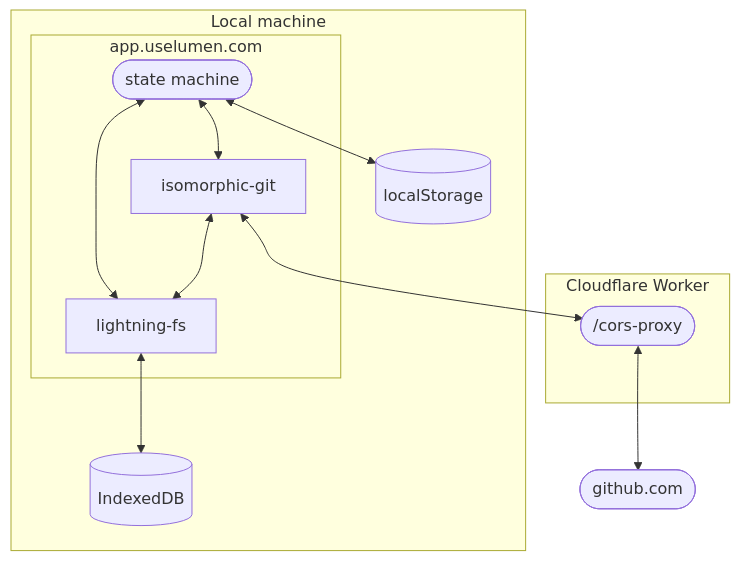
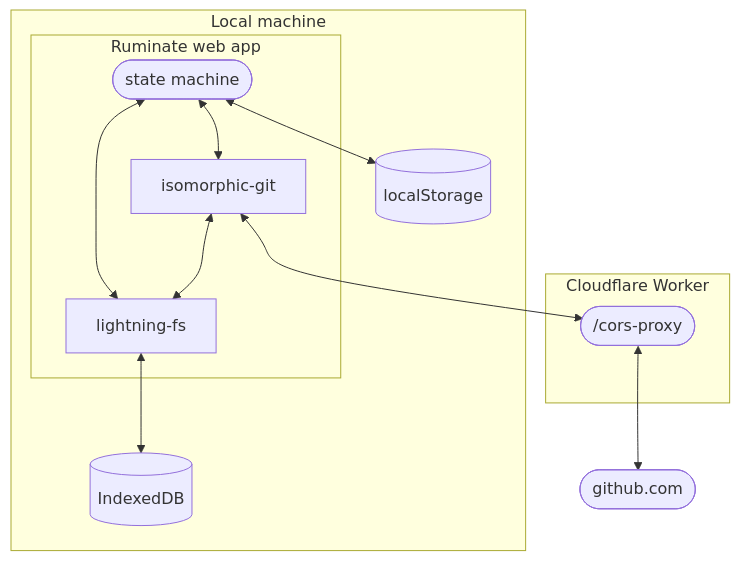
Before and after one commit to finnformica/percolate: the diagram in CONTRIBUTING.md, drawn with Mermaid. The commit also changed other lines of this file and 20 other files, not shown here.

````diff
--- a/CONTRIBUTING.md
+++ b/CONTRIBUTING.md
@@ -42,27 +42,27 @@
 ```mermaid
 graph
     subgraph local[Local machine]
-      subgraph app.uselumen.com
+      subgraph ruminate[Ruminate web app]
         state-machine([state machine])
         isomorphic-git[isomorphic-git]
         lightning-fs[lightning-fs]
       end
 
       local-storage[(localStorage)]
       indexeddb[(IndexedDB)]
     end
 
     subgraph edge[Cloudflare Worker]
       cors-proxy(["/cors-proxy"])
     end
 
     github.com([github.com])
 
     state-machine <--> isomorphic-git
     state-machine <--> lightning-fs
     state-machine <--> local-storage
     isomorphic-git <--> lightning-fs
     isomorphic-git <--> cors-proxy
     lightning-fs <--> indexeddb
     cors-proxy <--> github.com
 ```
````
